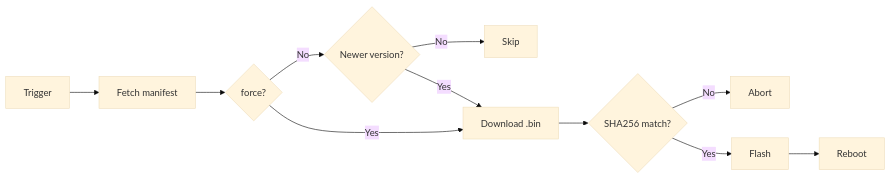
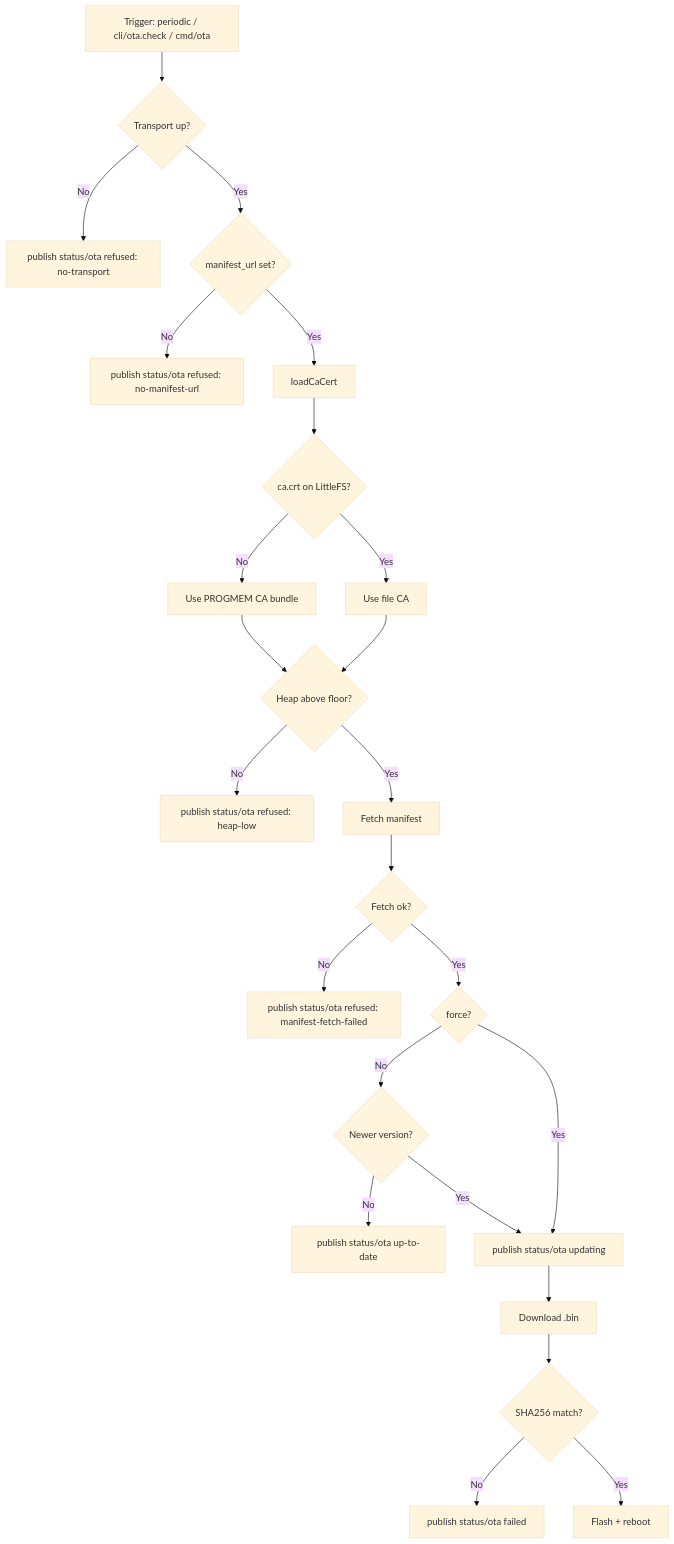
The second of 2 diagrams in firmware/architecture/connectivity.md (Thesada/thesada-doc), drawn with Mermaid (base theme) before and after one commit. The commit also changed other lines of this file and 27 other files, not shown here.

````diff
--- a/firmware/architecture/connectivity.md
+++ b/firmware/architecture/connectivity.md
@@ -40,13 +40,26 @@
 ```mermaid
-flowchart LR
-    A[Trigger] --> B[Fetch manifest]
-    B --> C{force?}
-    C -->|No| D{Newer version?}
-    D -->|No| E[Skip]
-    D -->|Yes| F[Download .bin]
-    C -->|Yes| F
-    F --> G{SHA256 match?}
-    G -->|No| H[Abort]
-    G -->|Yes| I[Flash]
-    I --> J[Reboot]
+flowchart TD
+    A[Trigger: periodic / cli/ota.check / cmd/ota] --> B{Transport up?}
+    B -->|No| R1[publish status/ota refused: no-transport]
+    B -->|Yes| C{manifest_url set?}
+    C -->|No| R2[publish status/ota refused: no-manifest-url]
+    C -->|Yes| D[loadCaCert]
+    D --> E{ca.crt on LittleFS?}
+    E -->|Yes| G[Use file CA]
+    E -->|No| F[Use PROGMEM CA bundle]
+    F --> H{Heap above floor?}
+    G --> H
+    H -->|No| R3[publish status/ota refused: heap-low]
+    H -->|Yes| I[Fetch manifest]
+    I --> J{Fetch ok?}
+    J -->|No| R4[publish status/ota refused: manifest-fetch-failed]
+    J -->|Yes| K{force?}
+    K -->|No| L{Newer version?}
+    L -->|No| M[publish status/ota up-to-date]
+    L -->|Yes| N[publish status/ota updating]
+    K -->|Yes| N
+    N --> O[Download .bin]
+    O --> P{SHA256 match?}
+    P -->|No| Q[publish status/ota failed]
+    P -->|Yes| S[Flash + reboot]
 ```
````
